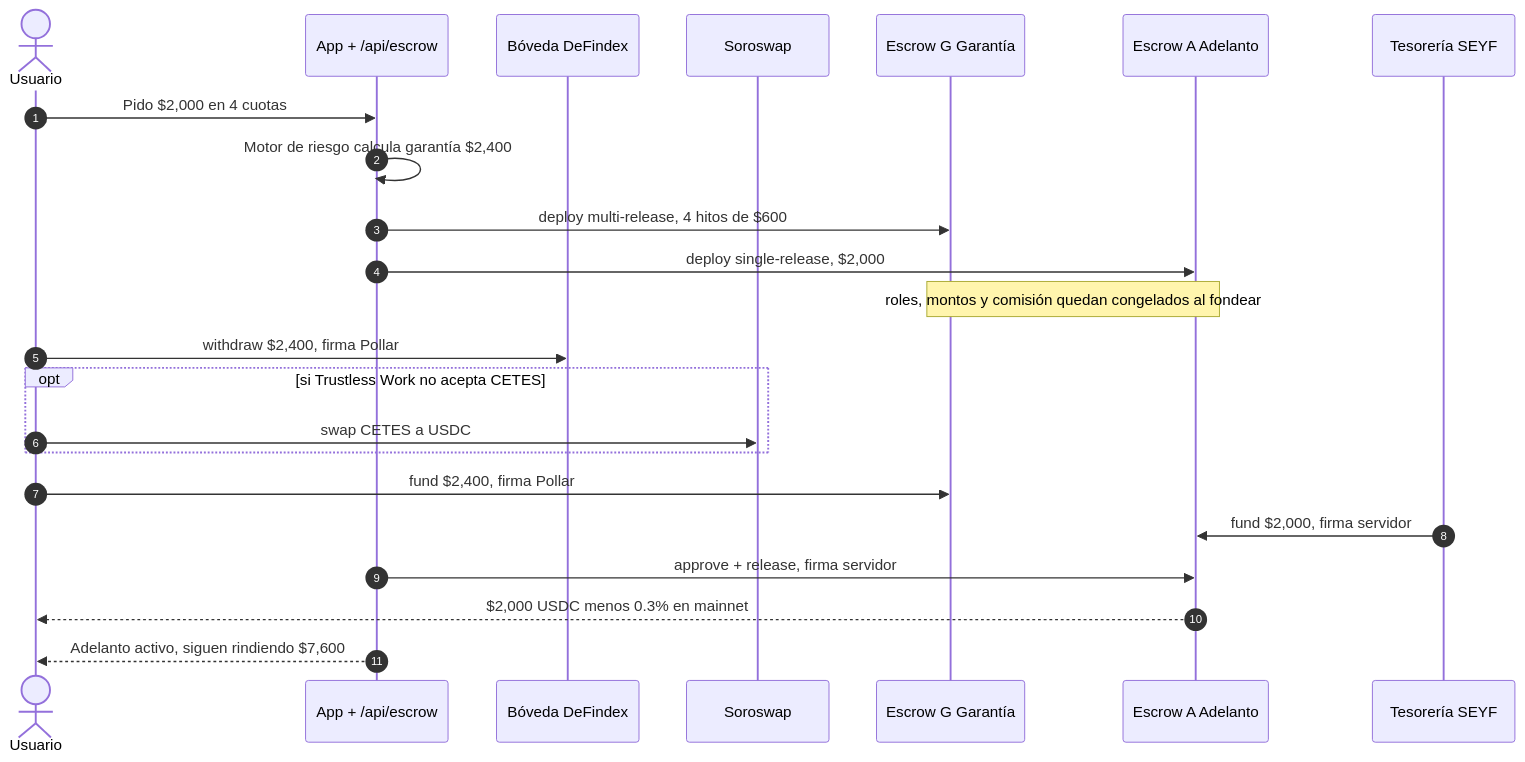
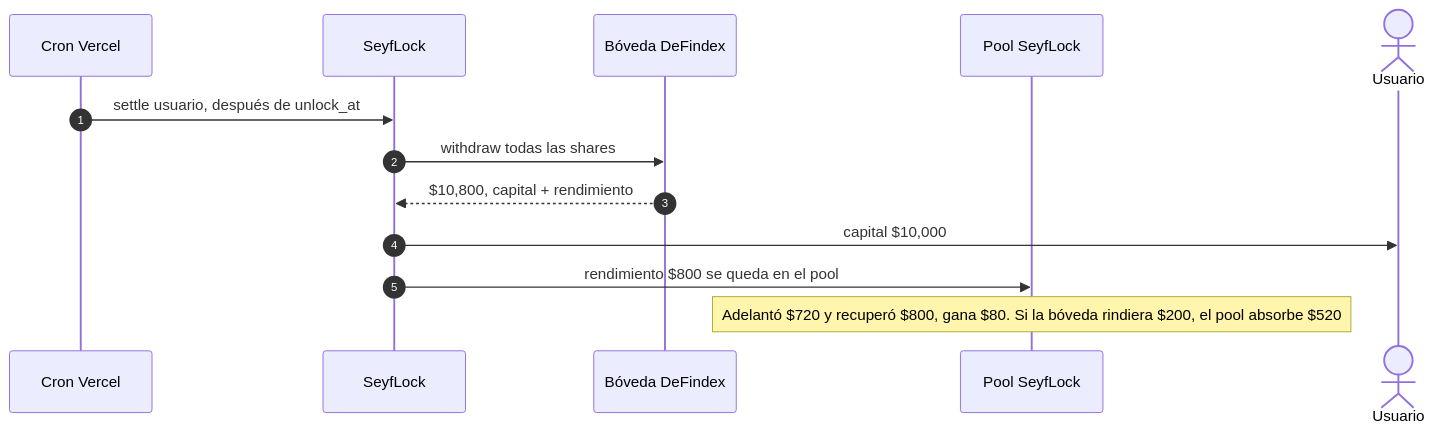
Before and after one commit to Seyfert-Labs/SEYF-P: the third of 5 diagrams in docs/hackmeridian-plan.md, drawn with Mermaid. The commit also changed other lines of this file and 10 other files, not shown here.

First line of the commit message:
feat(seyf-lock): contrato Soroban de capital bloqueado + adelanto de rendimiento

````diff
--- a/docs/hackmeridian-plan.md
+++ b/docs/hackmeridian-plan.md
@@ -100,26 +105,16 @@
 ```mermaid
 sequenceDiagram
     autonumber
+    participant C as Cron Vercel
+    participant L as SeyfLock
+    participant DF as Bóveda DeFindex
+    participant P as Pool SeyfLock
     actor U as Usuario
-    participant App as App + /api/escrow
-    participant DF as Bóveda DeFindex
-    participant SW as Soroswap
-    participant G as Escrow G Garantía
-    participant A as Escrow A Adelanto
-    participant T as Tesorería SEYF
 
-    U->>App: Pido $2,000 en 4 cuotas
-    App->>App: Motor de riesgo calcula garantía $2,400
-    App->>G: deploy multi-release, 4 hitos de $600
-    App->>A: deploy single-release, $2,000
-    Note over G,A: roles, montos y comisión quedan congelados al fondear
-    U->>DF: withdraw $2,400, firma Pollar
-    opt si Trustless Work no acepta CETES
-        U->>SW: swap CETES a USDC
-    end
-    U->>G: fund $2,400, firma Pollar
-    T->>A: fund $2,000, firma servidor
-    App->>A: approve + release, firma servidor
-    A-->>U: $2,000 USDC menos 0.3% en mainnet
-    App-->>U: Adelanto activo, siguen rindiendo $7,600
+    C->>L: settle usuario, después de unlock_at
+    L->>DF: withdraw todas las shares
+    DF-->>L: $10,800, capital + rendimiento
+    L->>U: capital $10,000
+    L->>P: rendimiento $800 se queda en el pool
+    Note over P: Adelantó $720 y recuperó $800, gana $80. Si la bóveda rindiera $200, el pool absorbe $520
 ```
````
